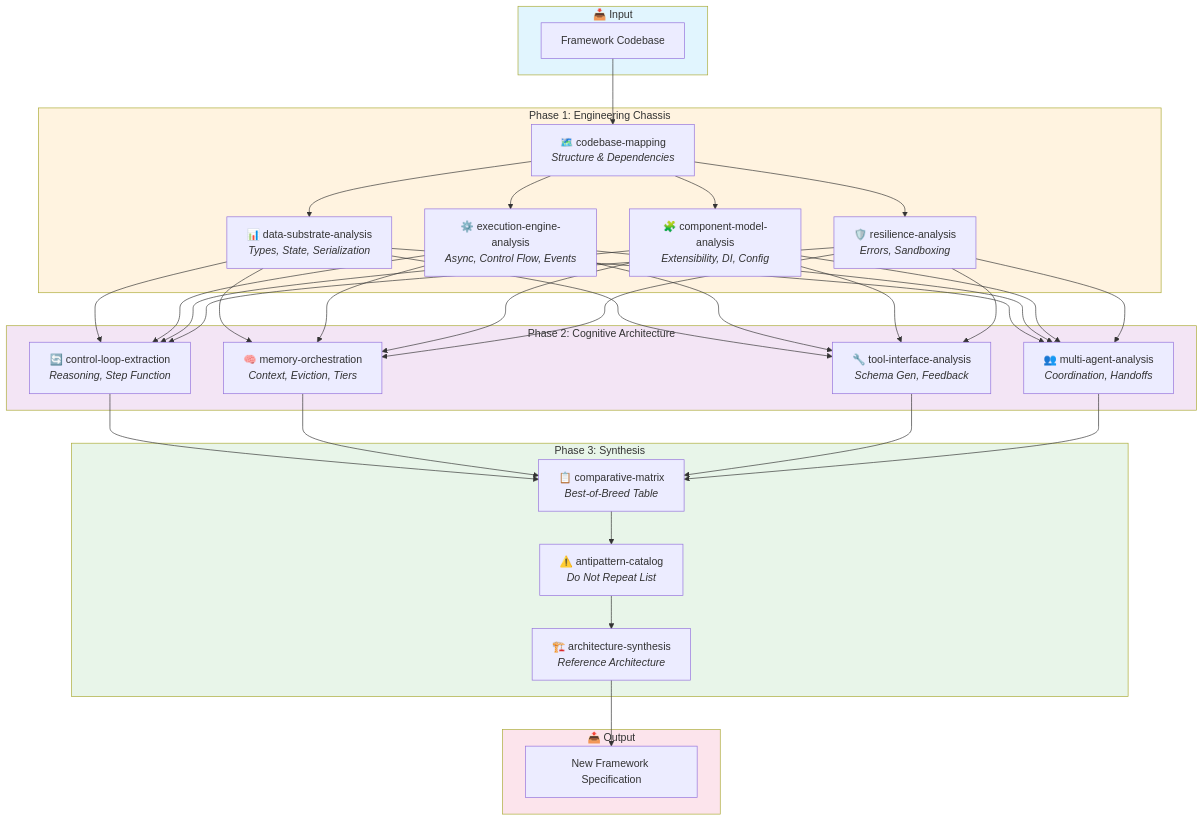
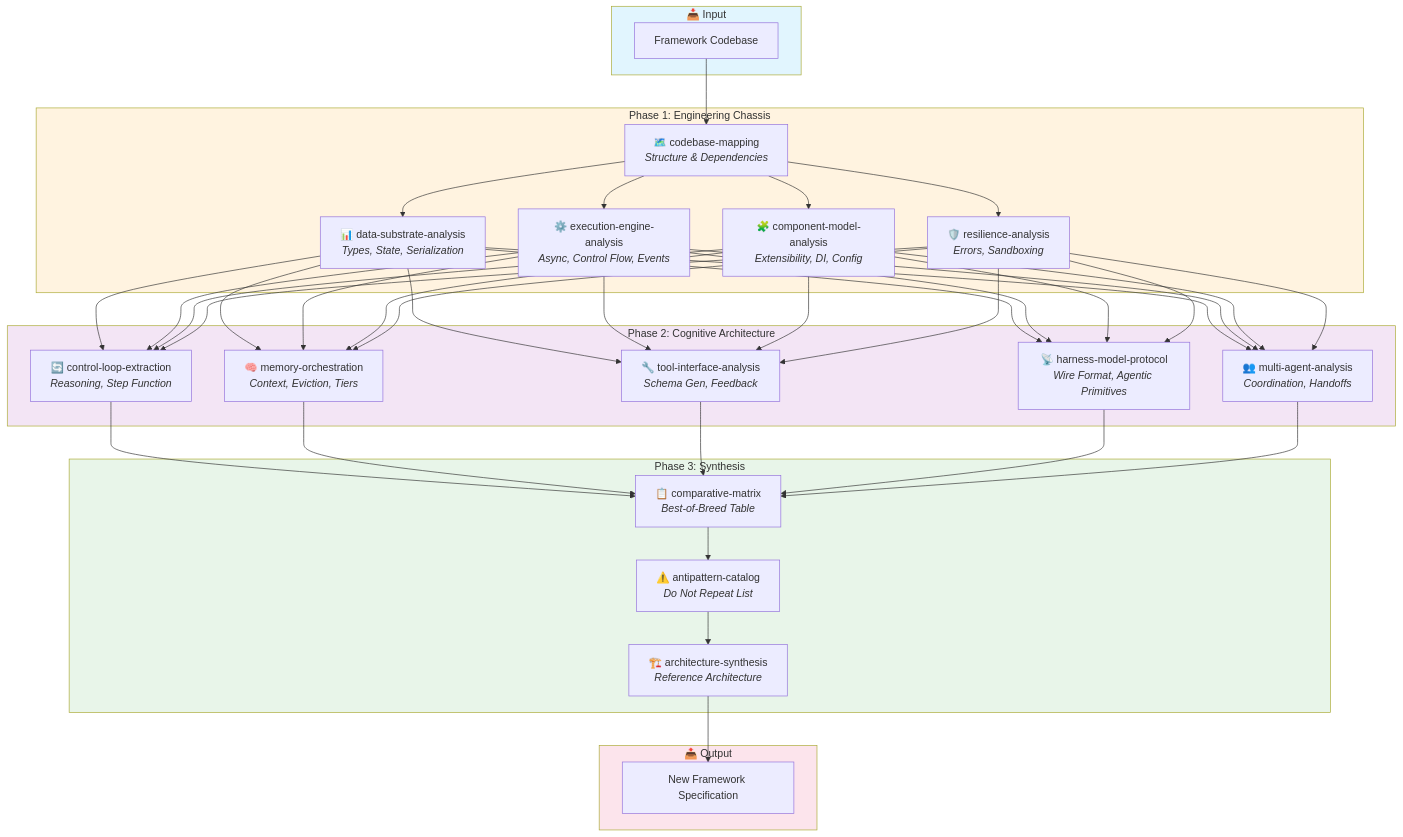
The diagram in .claude/skills/SKILL_FLOW.md (Dowwie/agent_framework_study), drawn with Mermaid before and after one commit. The commit also changed 76 other files, not shown here.

````diff
--- a/.claude/skills/SKILL_FLOW.md
+++ b/.claude/skills/SKILL_FLOW.md
@@ -1,44 +1,45 @@
 ```mermaid
 flowchart TB
     subgraph Input["📥 Input"]
         FW["Framework Codebase"]
     end
 
     subgraph Phase1["Phase 1: Engineering Chassis"]
         CM["🗺️ codebase-mapping<br/><i>Structure & Dependencies</i>"]
         DS["📊 data-substrate-analysis<br/><i>Types, State, Serialization</i>"]
         EE["⚙️ execution-engine-analysis<br/><i>Async, Control Flow, Events</i>"]
         CO["🧩 component-model-analysis<br/><i>Extensibility, DI, Config</i>"]
         RE["🛡️ resilience-analysis<br/><i>Errors, Sandboxing</i>"]
     end
 
     subgraph Phase2["Phase 2: Cognitive Architecture"]
         CL["🔄 control-loop-extraction<br/><i>Reasoning, Step Function</i>"]
         MO["🧠 memory-orchestration<br/><i>Context, Eviction, Tiers</i>"]
         TI["🔧 tool-interface-analysis<br/><i>Schema Gen, Feedback</i>"]
+        HM["📡 harness-model-protocol<br/><i>Wire Format, Agentic Primitives</i>"]
         MA["👥 multi-agent-analysis<br/><i>Coordination, Handoffs</i>"]
     end
 
     subgraph Phase3["Phase 3: Synthesis"]
         MT["📋 comparative-matrix<br/><i>Best-of-Breed Table</i>"]
         AP["⚠️ antipattern-catalog<br/><i>Do Not Repeat List</i>"]
         AS["🏗️ architecture-synthesis<br/><i>Reference Architecture</i>"]
     end
 
     subgraph Output["📤 Output"]
         SPEC["New Framework Specification"]
     end
 
     FW --> CM
     CM --> DS & EE & CO & RE
-    DS & EE & CO & RE --> CL & MO & TI & MA
-    CL & MO & TI & MA --> MT
+    DS & EE & CO & RE --> CL & MO & TI & HM & MA
+    CL & MO & TI & HM & MA --> MT
     MT --> AP --> AS
     AS --> SPEC
 
     style Input fill:#e1f5fe
     style Phase1 fill:#fff3e0
     style Phase2 fill:#f3e5f5
     style Phase3 fill:#e8f5e9
     style Output fill:#fce4ec
 ```
````
